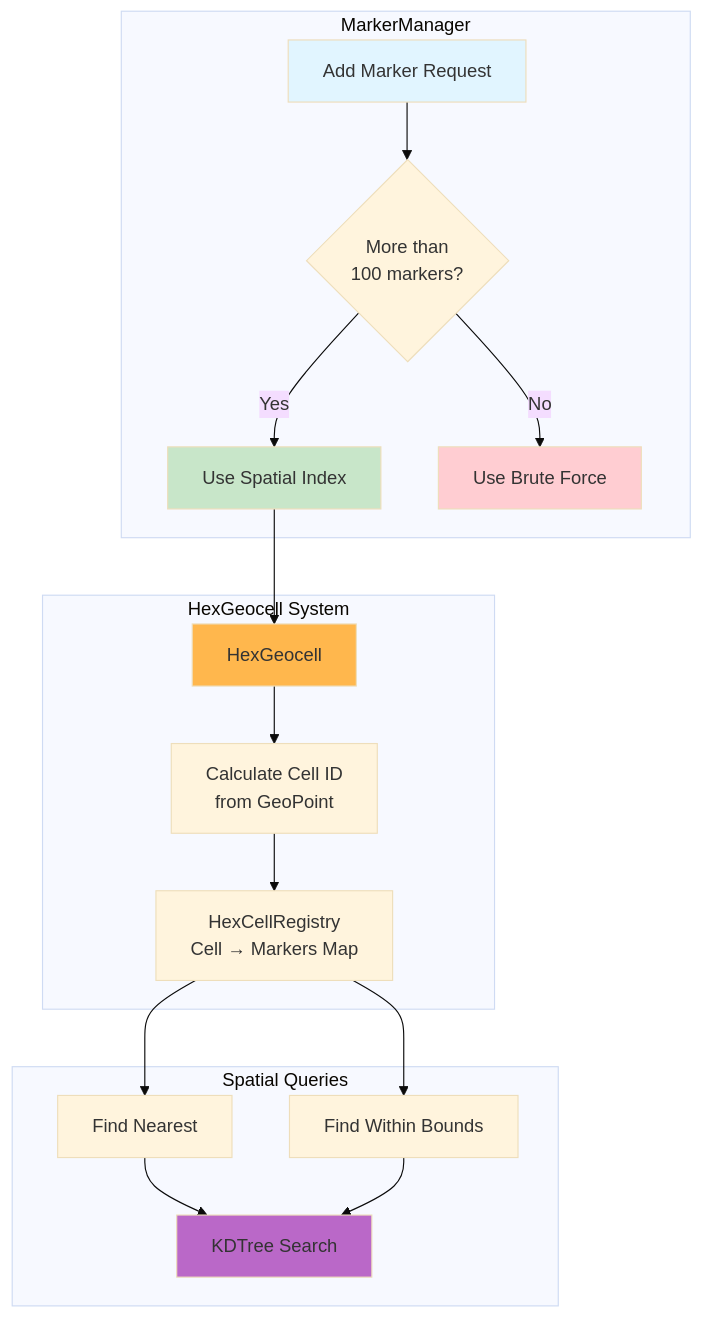
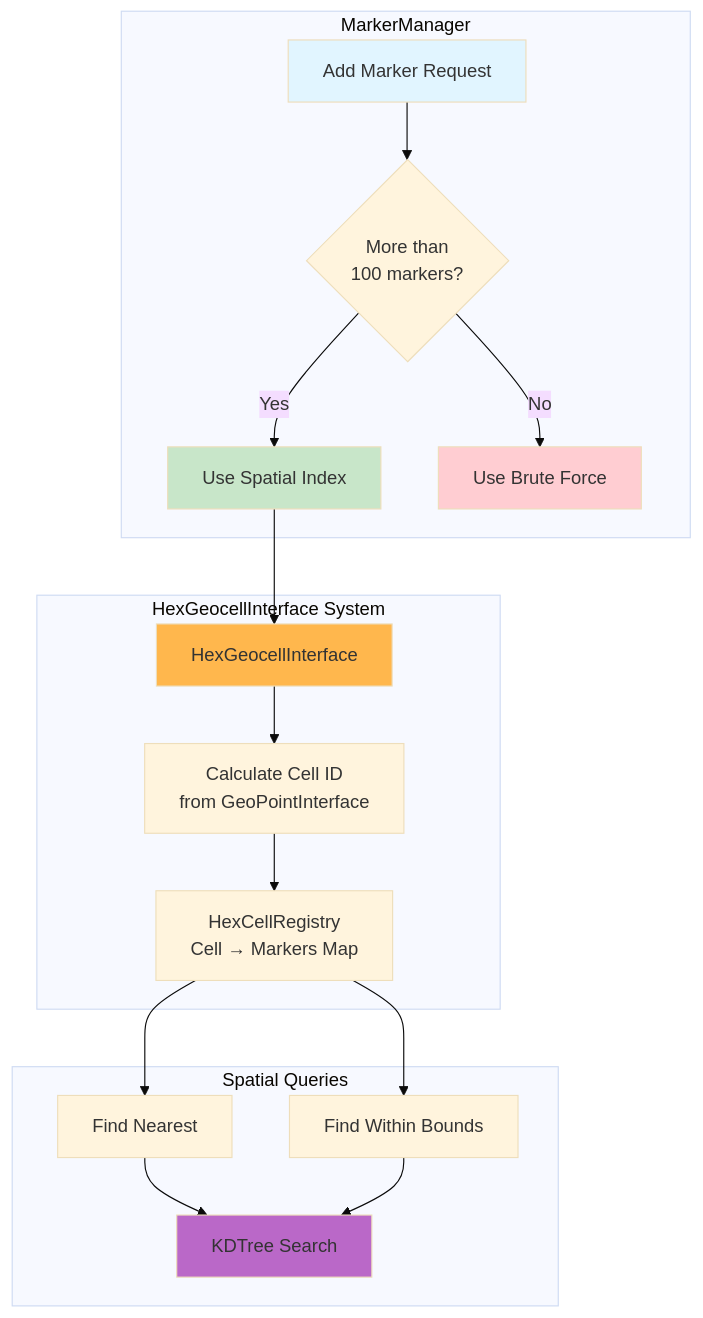
The sixth of 11 diagrams in ARCHITECTURE.md (MapConductor/android-sdk), drawn with Mermaid (base theme) before and after one commit. The commit also changed other lines of this file and 596 other files, not shown here.

````diff
--- a/ARCHITECTURE.md
+++ b/ARCHITECTURE.md
@@ -375,40 +375,40 @@
 ```mermaid
 graph TB
     subgraph MarkerManager
         ADD[Add Marker Request]
         THRESHOLD{More than<br/>100 markers?}
         SPATIAL[Use Spatial Index]
         BRUTE[Use Brute Force]
     end
 
-    subgraph HexGeocell System
-        HEX[HexGeocell]
-        CALC[Calculate Cell ID<br/>from GeoPoint]
+    subgraph HexGeocellInterface System
+        HEX[HexGeocellInterface]
+        CALC[Calculate Cell ID<br/>from GeoPointInterface]
         REGISTRY[HexCellRegistry<br/>Cell → Markers Map]
     end
 
     subgraph Spatial Queries
         NEAREST[Find Nearest]
         WITHIN[Find Within Bounds]
         KDTREE[KDTree Search]
     end
 
     ADD --> THRESHOLD
     THRESHOLD -->|Yes| SPATIAL
     THRESHOLD -->|No| BRUTE
 
     SPATIAL --> HEX
     HEX --> CALC
     CALC --> REGISTRY
 
     REGISTRY --> NEAREST
     REGISTRY --> WITHIN
     NEAREST --> KDTREE
     WITHIN --> KDTREE
 
     style ADD fill:#e1f5ff
     style SPATIAL fill:#c8e6c9
     style BRUTE fill:#ffcdd2
     style HEX fill:#ffb74d
     style KDTREE fill:#ba68c8
 ```
````
